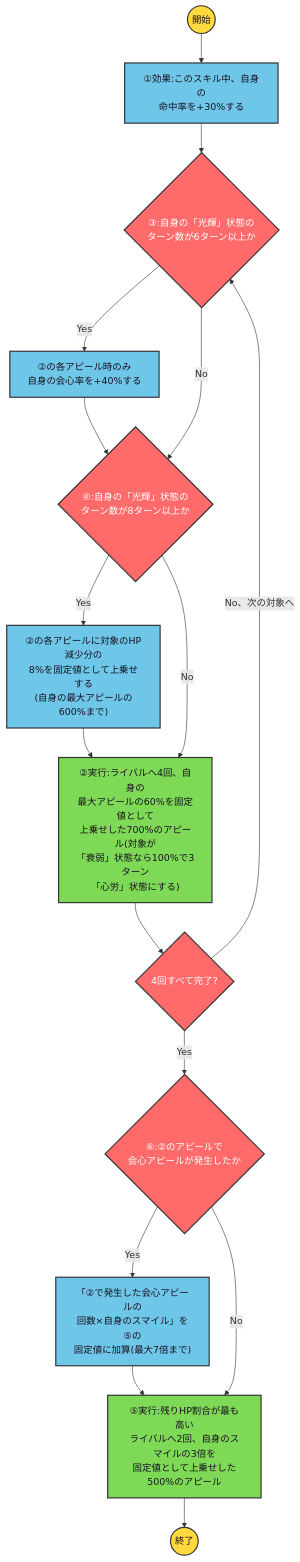
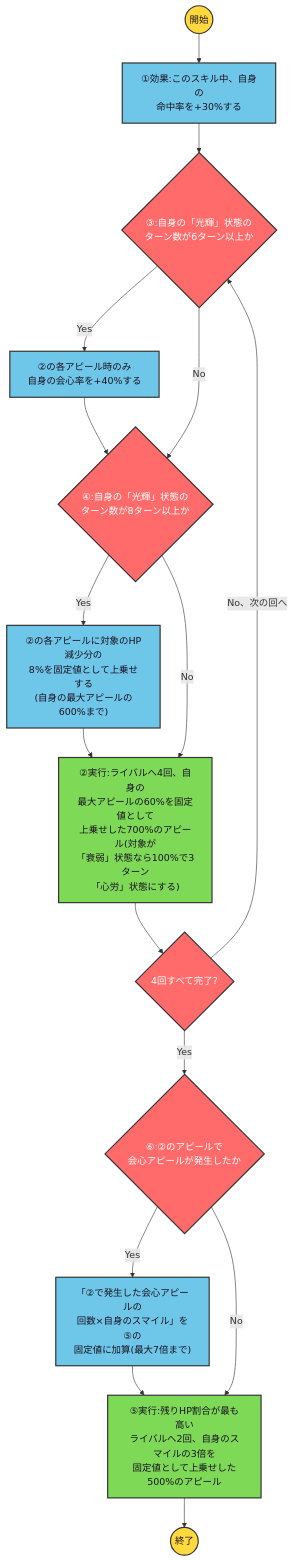
The diagram in data/ogawa_aya/shadogawa_skill2.mmd (ryomochi0918/nogifra-characters), drawn with Mermaid before and after one commit. The commit also changed 64 other files, not shown here.

```diff
--- a/data/ogawa_aya/shadogawa_skill2.mmd
+++ b/data/ogawa_aya/shadogawa_skill2.mmd
@@ -1,18 +1,18 @@
 flowchart TD
     classDef startend fill:#FFD93D,stroke:#333,stroke-width:2px,color:#1a1220;
     classDef cond fill:#FF6B6B,stroke:#333,stroke-width:2px,color:#ffffff;
     classDef effect fill:#6EC6E8,stroke:#333,stroke-width:2px,color:#1a1220;
     classDef action fill:#7ED957,stroke:#333,stroke-width:2px,color:#1a1220;
 
     start(("開始")):::startend --> e1["①効果:このスキル中、自身の<br/>命中率を+30%する"]:::effect --> c3
     c3{"③:自身の「光輝」状態の<br/>ターン数が6ターン以上か"}:::cond
     c3 -->|"Yes"| e3["②の各アピール時のみ<br/>自身の会心率を+40%する"]:::effect --> c4
     c3 -->|"No"| c4
     c4{"④:自身の「光輝」状態の<br/>ターン数が8ターン以上か"}:::cond
     c4 -->|"Yes"| e4["②の各アピールに対象のHP減少分の<br/>8%を固定値として上乗せする<br/>(自身の最大アピールの600%まで)"]:::effect --> a2
     c4 -->|"No"| a2["②実行:ライバルへ4回、自身の<br/>最大アピールの60%を固定値として<br/>上乗せした700%のアピール(対象が<br/>「衰弱」状態なら100%で3ターン<br/>「心労」状態にする)"]:::action --> loop1
     loop1{"4回すべて完了?"}:::cond
-    loop1 -->|"No、次の対象へ"| c3
+    loop1 -->|"No、次の回へ"| c3
     loop1 -->|"Yes"| c6{"⑥:②のアピールで<br/>会心アピールが発生したか"}:::cond
     c6 -->|"Yes"| e6["「②で発生した会心アピールの<br/>回数×自身のスマイル」を⑤の<br/>固定値に加算(最大7倍まで)"]:::effect --> a5
     c6 -->|"No"| a5["⑤実行:残りHP割合が最も高い<br/>ライバルへ2回、自身のスマイルの3倍を<br/>固定値として上乗せした500%のアピール"]:::action --> finish(("終了")):::startend
```
